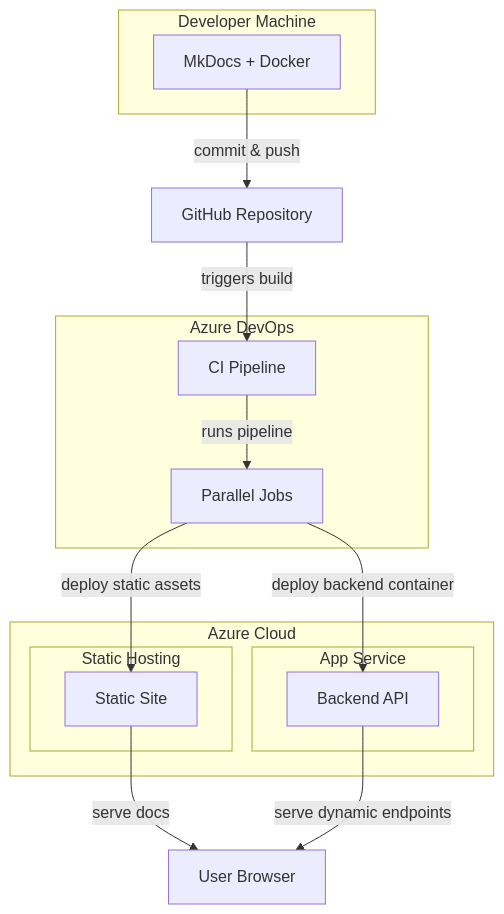
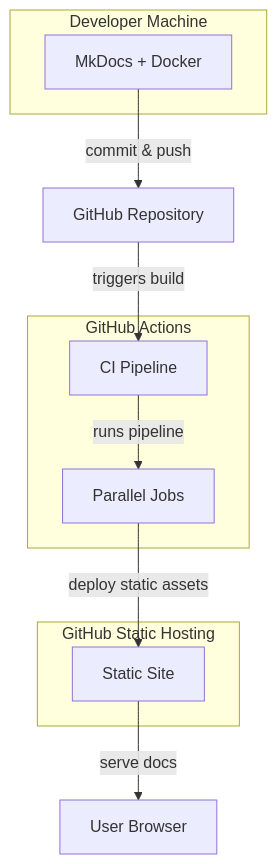
The diagram in docs/about.md (cassmastern/lers-sandbox), drawn with Mermaid before and after one commit. The commit also changed other lines of this file and 1 other file, not shown here.

Commit message:
ci/cd info in about.md updated

````diff
--- a/docs/about.md
+++ b/docs/about.md
@@ -59,32 +77,25 @@
 ```mermaid
 graph TD
-    subgraph DevMachine [Developer Machine]
-        MkDocs[MkDocs + Docker]
+    subgraph DevMachine ["Developer Machine"]
+        MkDocs["MkDocs + Docker"]
     end
-
-    GitHub[GitHub Repository]
-
-    subgraph AzureDevOps [Azure DevOps]
-        CI[CI Pipeline]
-        Jobs[Parallel Jobs]
+    
+    GitHub["GitHub Repository"]
+    
+    subgraph GitHubActions ["GitHub Actions"]
+        CI["CI Pipeline"]
+        Jobs["Parallel Jobs"]
     end
-
-    subgraph Azure [Azure Cloud]
-        subgraph StaticHosting [Static Hosting]
-            StaticSite[Static Site]
-        end
-        subgraph AppService [App Service]
-            BackendAPI[Backend API]
-        end
+    
+    subgraph GitHubPages ["GitHub Static Hosting"]
+        StaticSite["Static Site"]
     end
-
-    Browser[User Browser]
-
-    MkDocs -->|commit & push| GitHub
-    GitHub -->|triggers build| CI
-    CI -->|runs pipeline| Jobs
-    Jobs -->|deploy static assets| StaticSite
-    Jobs -->|deploy backend container| BackendAPI
-    StaticSite -->|serve docs| Browser
-    BackendAPI -->|serve dynamic endpoints| Browser
+    
+    Browser["User Browser"]
+    
+    MkDocs -->|"commit & push"| GitHub
+    GitHub -->|"triggers build"| CI
+    CI -->|"runs pipeline"| Jobs
+    Jobs -->|"deploy static assets"| StaticSite
+    StaticSite -->|"serve docs"| Browser
 ```
````
